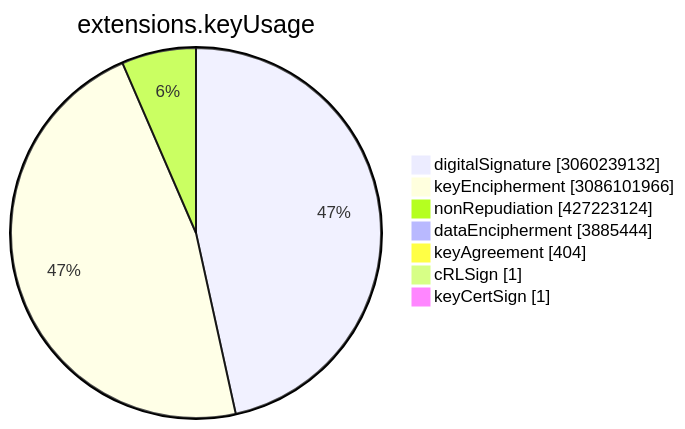
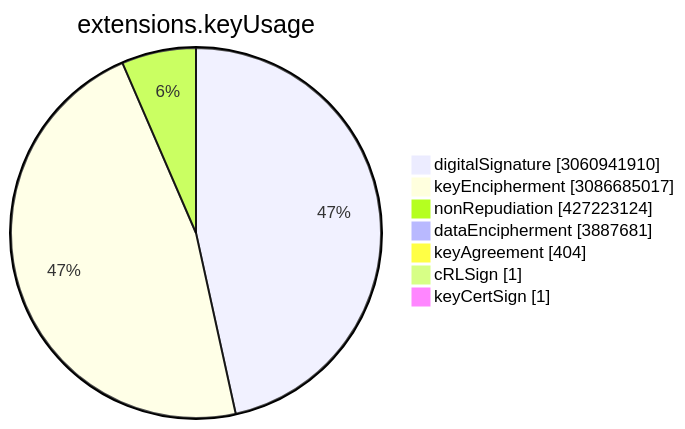
The sixth of 15 diagrams in TOTAL/README.md (christiankrug/ctmonitor_visualization), drawn with Mermaid before and after one commit. The commit also changed other lines of this file, not shown here.

````diff
--- a/TOTAL/README.md
+++ b/TOTAL/README.md
@@ -3077,11 +3077,11 @@
 ```mermaid
 pie showData
 title extensions.keyUsage
-"digitalSignature" :3060239132
-"keyEncipherment" :3086101966
+"digitalSignature" :3060941910
+"keyEncipherment" :3086685017
 "nonRepudiation" :427223124
-"dataEncipherment" :3885444
+"dataEncipherment" :3887681
 "keyAgreement" :404
 "cRLSign" :1
 "keyCertSign" :1
 ```
````
